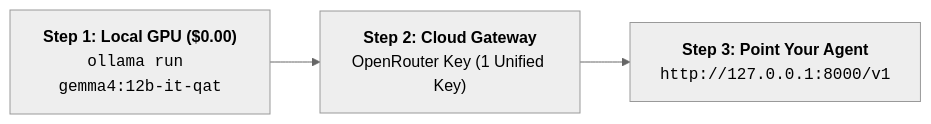
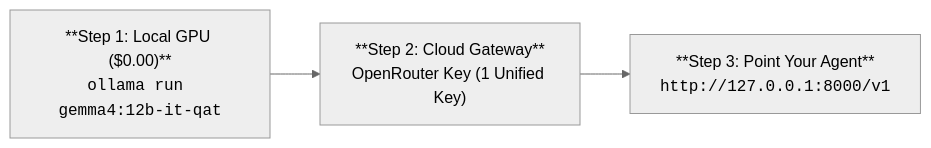
One commit to dixieflatline76/nacho-flow changed the diagram in README.md. Above: the diagram before and after it, drawn with Mermaid (neutral theme). The commit also changed other lines of this file and 27 other files, not shown here.

````diff
--- a/README.md
+++ b/README.md
@@ -34,8 +51,8 @@
 ```mermaid
 flowchart LR
-    Step1["<b>Step 1: Local GPU ($0.00)</b><br/><code>ollama run gemma4:12b-it-qat</code>"]
-    Step2["<b>Step 2: Cloud Gateway</b><br/>OpenRouter Key (1 Unified Key)"]
-    Step3["<b>Step 3: Point Your Agent</b><br/><code>http://127.0.0.1:8000/v1</code>"]
+    Step1["**Step 1: Local GPU ($0.00)**<br/><code>ollama run gemma4:12b-it-qat</code>"]
+    Step2["**Step 2: Cloud Gateway**<br/>OpenRouter Key (1 Unified Key)"]
+    Step3["**Step 3: Point Your Agent**<br/><code>http://127.0.0.1:8000/v1</code>"]
 
     Step1 --> Step2 --> Step3
 ```
````
